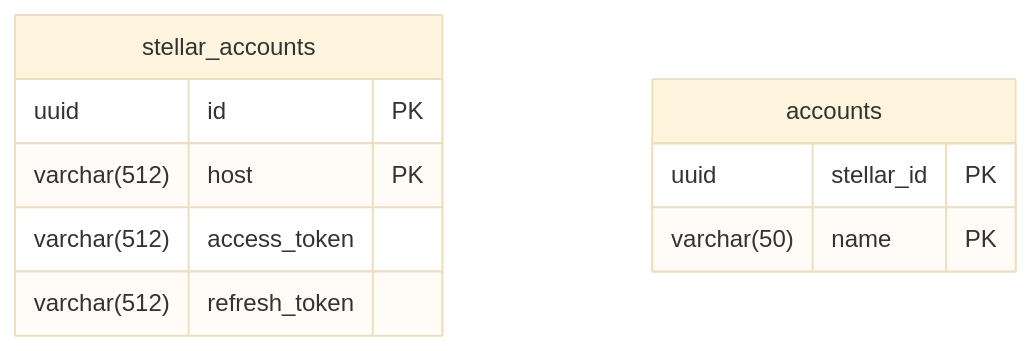
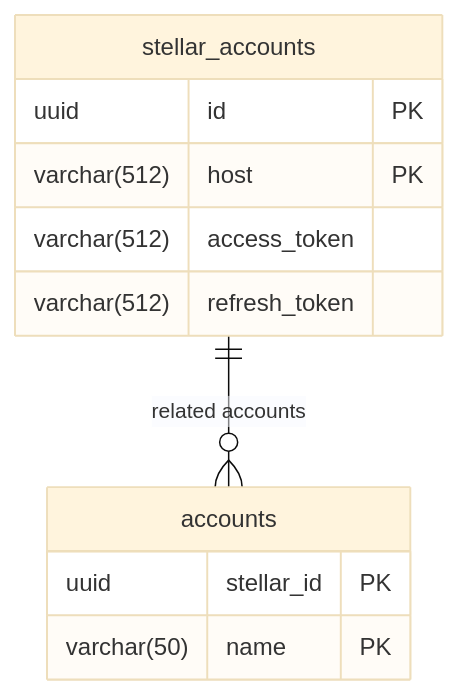
Before and after one commit to ShuttlePub/document: the first of 2 diagrams in docs/shuttlepub/data-structure.md, drawn with Mermaid (base theme). The commit also changed other lines of this file, not shown here.

````diff
--- a/docs/shuttlepub/data-structure.md
+++ b/docs/shuttlepub/data-structure.md
@@ -5,13 +5,14 @@
 ```mermaid
 erDiagram
 stellar_accounts {
 	uuid id "PK"
 	varchar(512) host "PK"
 	varchar(512) access_token
 	varchar(512) refresh_token
 }
 accounts {
 	uuid stellar_id "PK" 
 	varchar(50) name "PK"
 }
+stellar_accounts ||--o{ accounts : "related accounts"
 ```
````
